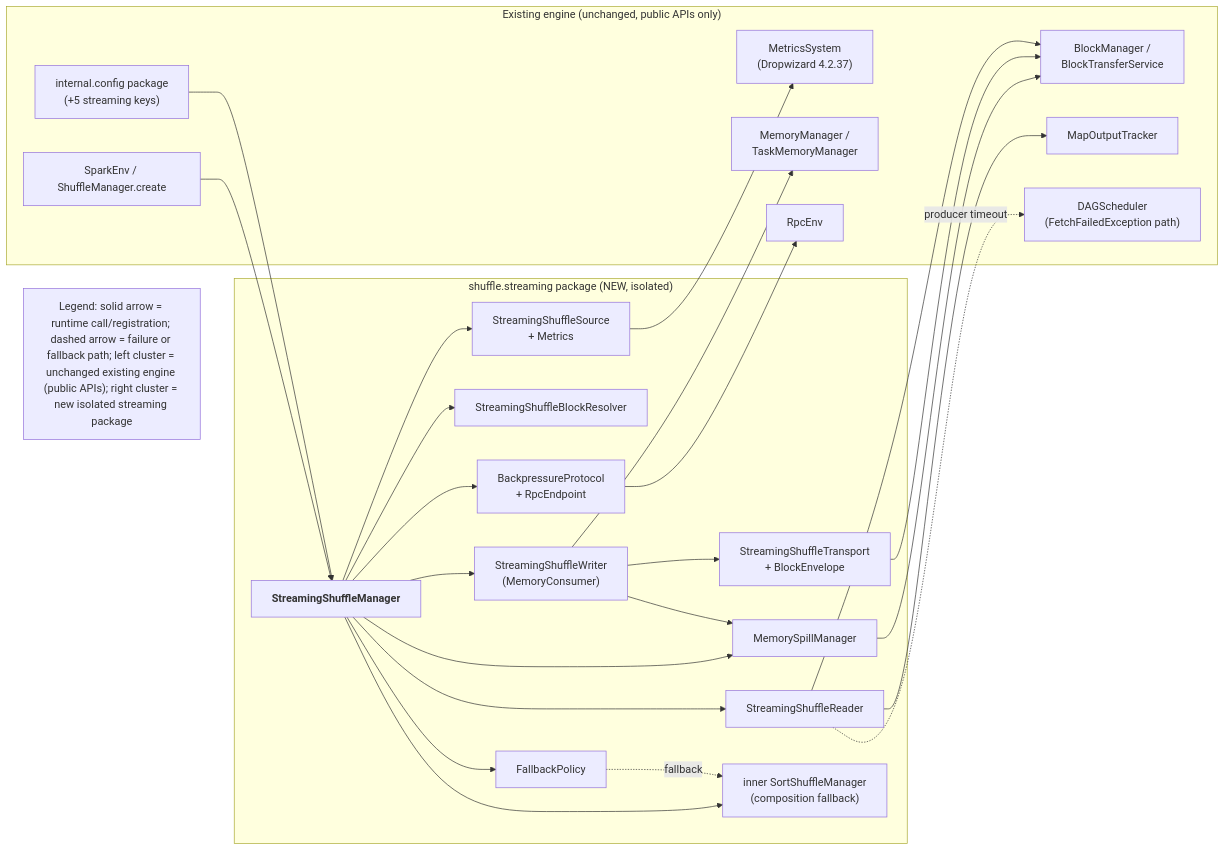
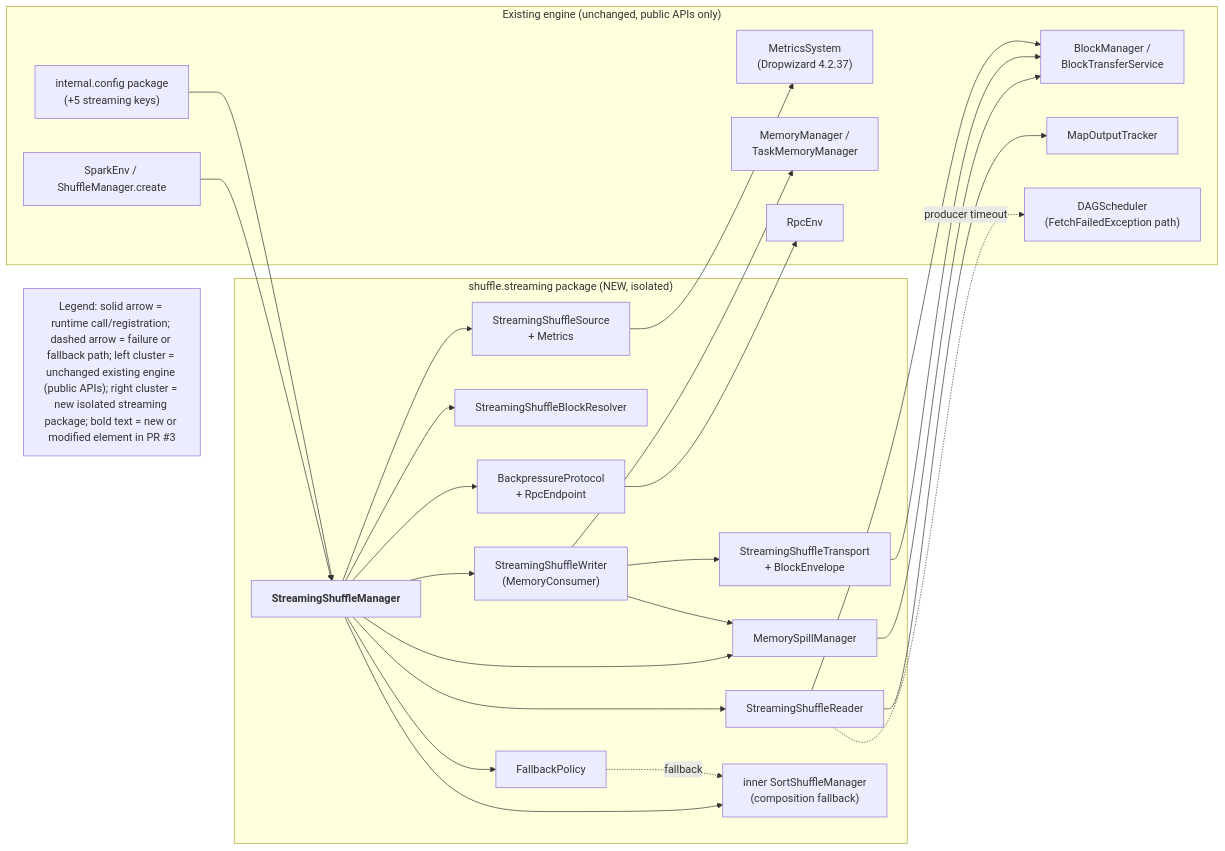
Before and after one commit to Blitzy-Sandbox/blitzy-spark: the second of 3 diagrams in blitzy-docs/streaming-shuffle/architecture.md, drawn with Mermaid. The commit also changed other lines of this file and 5 other files, not shown here.

````diff
--- a/blitzy-docs/streaming-shuffle/architecture.md
+++ b/blitzy-docs/streaming-shuffle/architecture.md
@@ -88,43 +88,43 @@
 ```mermaid
 flowchart LR
     subgraph EXISTING["Existing engine (unchanged, public APIs only)"]
         SE["SparkEnv / ShuffleManager.create"]
         CFG["internal.config package<br/>(+5 streaming keys)"]
         MS["MetricsSystem<br/>(Dropwizard 4.2.37)"]
         MM["MemoryManager /<br/>TaskMemoryManager"]
         BM["BlockManager /<br/>BlockTransferService"]
         MOT["MapOutputTracker"]
         RPC["RpcEnv"]
         DAG["DAGScheduler<br/>(FetchFailedException path)"]
     end
 
     subgraph NEWPKG["shuffle.streaming package (NEW, isolated)"]
         SSM["<b>StreamingShuffleManager</b>"]
         SW["StreamingShuffleWriter<br/>(MemoryConsumer)"]
         SR["StreamingShuffleReader"]
         RES["StreamingShuffleBlockResolver"]
         BP["BackpressureProtocol<br/>+ RpcEndpoint"]
         SP["MemorySpillManager"]
         FP["FallbackPolicy"]
         SRC["StreamingShuffleSource<br/>+ Metrics"]
         TR["StreamingShuffleTransport<br/>+ BlockEnvelope"]
         SORT["inner SortShuffleManager<br/>(composition fallback)"]
     end
 
     SE --> SSM
     CFG --> SSM
     SSM --> SW & SR & RES & BP & SP & FP & SRC & SORT
     SW --> MM
     SW --> SP
     SP --> BM
     SW --> TR
     TR --> BM
     SR --> MOT
     SR --> BM
     SR -.->|"producer timeout"| DAG
     BP --> RPC
     SRC --> MS
     FP -.->|"fallback"| SORT
 
-    L["Legend: solid arrow = runtime call/registration; dashed arrow = failure or fallback path; left cluster = unchanged existing engine (public APIs); right cluster = new isolated streaming package"]
+    L["Legend: solid arrow = runtime call/registration; dashed arrow = failure or fallback path; left cluster = unchanged existing engine (public APIs); right cluster = new isolated streaming package; bold text = new or modified element in PR #3"]
 ```
````
